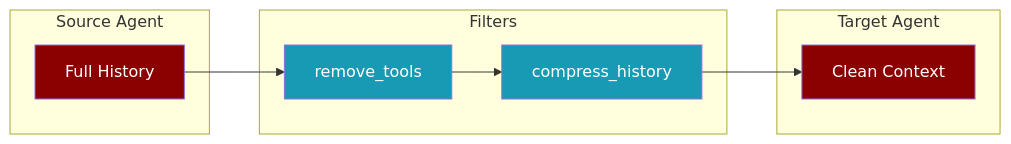
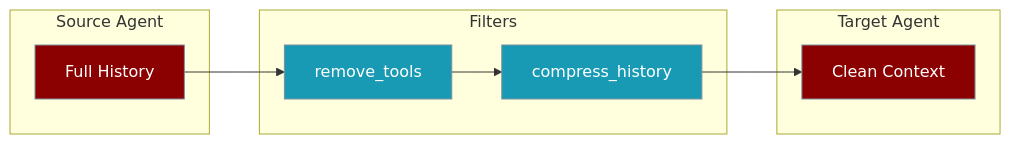
Before and after one commit to MervinPraison/PraisonAIDocs: the first of 2 diagrams in docs/features/handoff-filters.mdx, drawn with Mermaid. The commit also changed other lines of this file and 19 other files, not shown here.

````diff
--- a/docs/features/handoff-filters.mdx
+++ b/docs/features/handoff-filters.mdx
@@ -10,23 +10,23 @@
 ```mermaid
 flowchart LR
     subgraph Source["Source Agent"]
         H[Full History]
     end
     
     subgraph Filters["Filters"]
         F1[remove_tools]
         F2[compress_history]
     end
     
     subgraph Target["Target Agent"]
         C[Clean Context]
     end
     
     H --> F1 --> F2 --> C
     
-    style H fill:#8B0000,color:#fff
-    style C fill:#8B0000,color:#fff
-    style F1 fill:#189AB4,color:#fff
-    style F2 fill:#189AB4,color:#fff
+    classDef agent fill:#8B0000,stroke:#7C90A0,color:#fff
+    classDef tool fill:#189AB4,stroke:#7C90A0,color:#fff
+    class H,C agent
+    class F1,F2 tool
 
 ```
````
